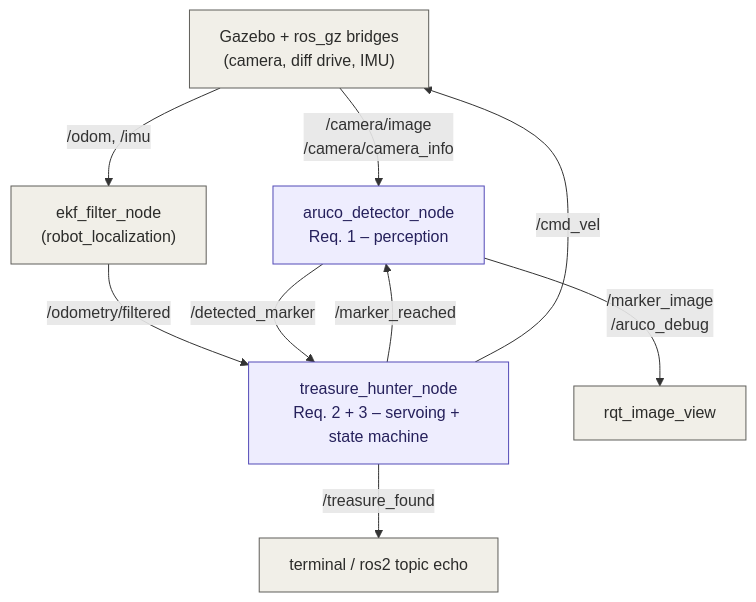
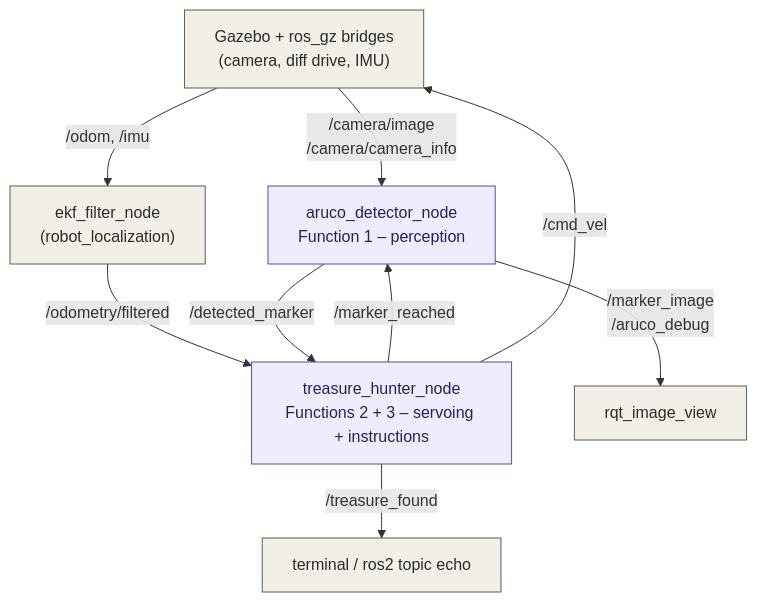
One commit to Belal-Elmikkawy/erl_assignment1 changed the first of 2 diagrams in README.md. Above: the diagram before and after it, drawn with Mermaid. The commit also changed other lines of this file, not shown here.

````diff
--- a/README.md
+++ b/README.md
@@ -65,23 +65,23 @@
 ```mermaid
 flowchart TB
     GZ["Gazebo + ros_gz bridges<br/>(camera, diff drive, IMU)"]
     EKF["ekf_filter_node<br/>(robot_localization)"]
-    DET["aruco_detector_node<br/>Req. 1 – perception"]
-    HUN["treasure_hunter_node<br/>Req. 2 + 3 – servoing + state machine"]
+    DET["aruco_detector_node<br/>Function 1 – perception"]
+    HUN["treasure_hunter_node<br/>Functions 2 + 3 – servoing + instructions"]
     VIEW["rqt_image_view"]
     OUT["terminal / ros2 topic echo"]
 
     GZ -- "/camera/image<br/>/camera/camera_info" --> DET
     GZ -- "/odom, /imu" --> EKF
     EKF -- "/odometry/filtered" --> HUN
     DET -- "/detected_marker" --> HUN
     HUN -- "/marker_reached" --> DET
     HUN -- "/cmd_vel" --> GZ
     DET -- "/marker_image<br/>/aruco_debug" --> VIEW
     HUN -- "/treasure_found" --> OUT
 
     classDef ours fill:#EEEDFE,stroke:#534AB7,color:#26215C
     classDef ext fill:#F1EFE8,stroke:#5F5E5A,color:#2C2C2A
     class DET,HUN ours
     class GZ,EKF,VIEW,OUT ext
 ```
````
